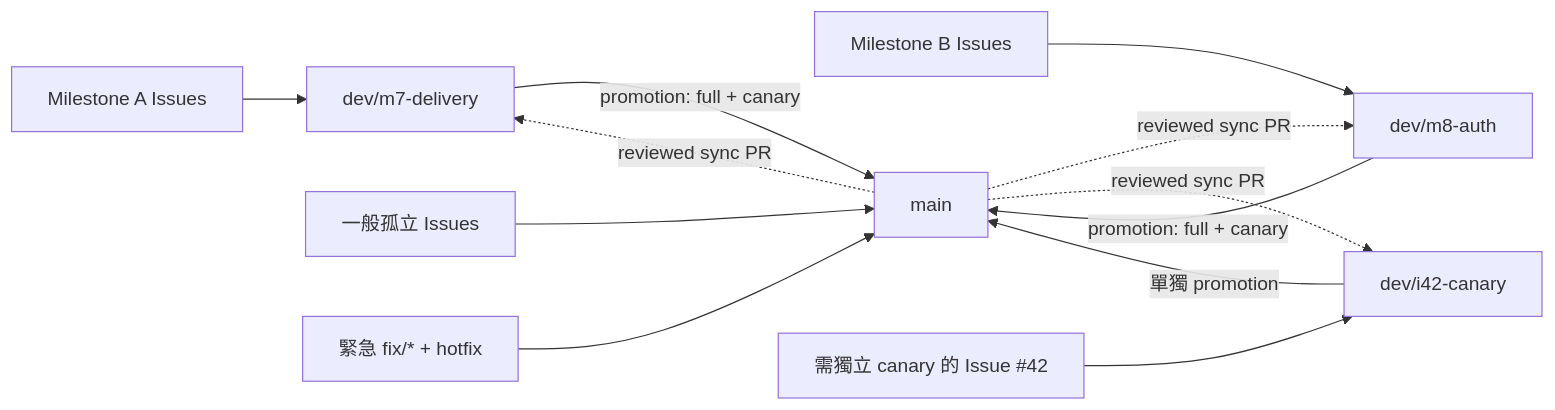
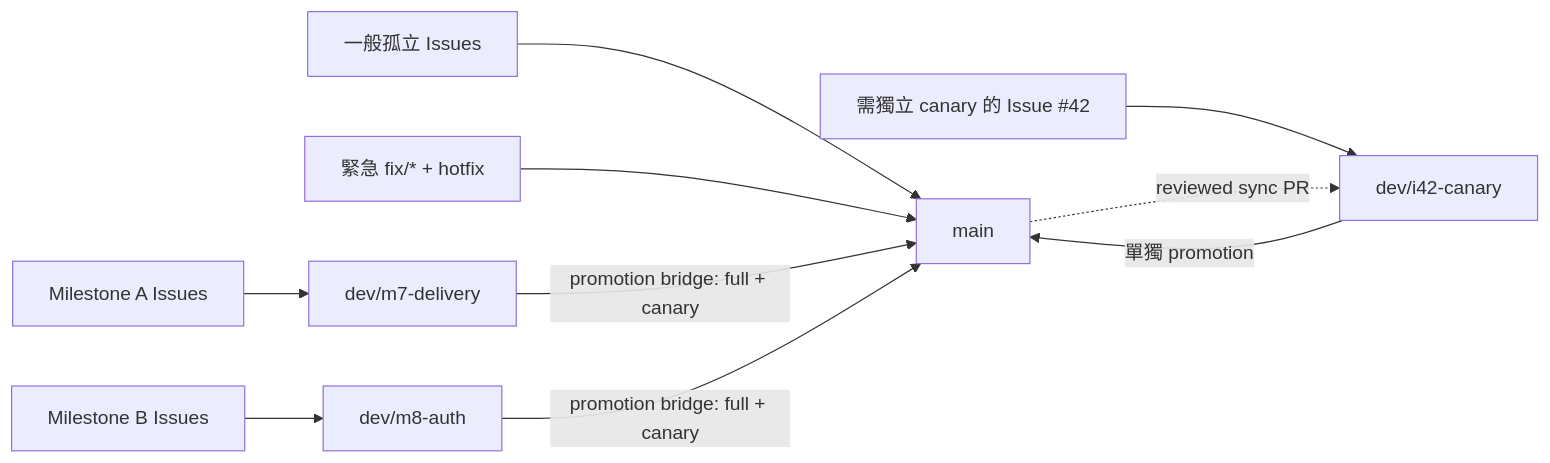
One commit to Innoguard-Cyber-Arch/csarc-repo-template changed the diagram in README.md. Above: the diagram before and after it, drawn with Mermaid. The commit also changed other lines of this file and 11 other files, not shown here.

Commit message:
fix(promotion): accept current-main bridge freshness

````diff
--- a/README.md
+++ b/README.md
@@ -141,14 +141,12 @@
 ```mermaid
 flowchart LR
   A1["Milestone A Issues"] --> MA["dev/m7-delivery"]
   B1["Milestone B Issues"] --> MB["dev/m8-auth"]
   S["一般孤立 Issues"] --> MAIN
   I["需獨立 canary 的 Issue #42"] --> DI["dev/i42-canary"]
   H["緊急 fix/* + hotfix"] --> MAIN["main"]
-  MA -->|promotion: full + canary| MAIN
-  MB -->|promotion: full + canary| MAIN
+  MA -->|promotion bridge: full + canary| MAIN
+  MB -->|promotion bridge: full + canary| MAIN
   DI -->|單獨 promotion| MAIN
-  MAIN -. "reviewed sync PR" .-> MA
-  MAIN -. "reviewed sync PR" .-> MB
   MAIN -. "reviewed sync PR" .-> DI
 ```
````
